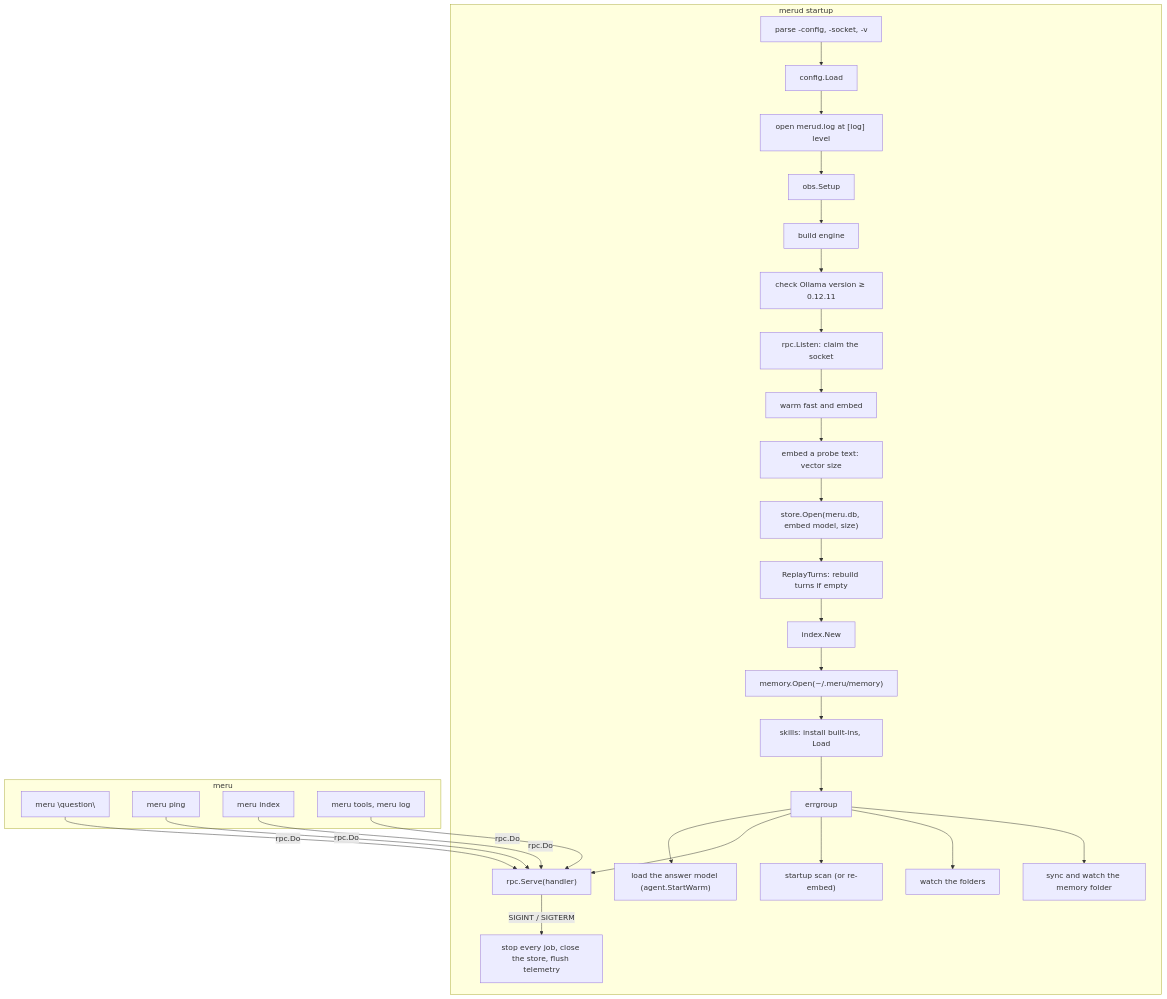
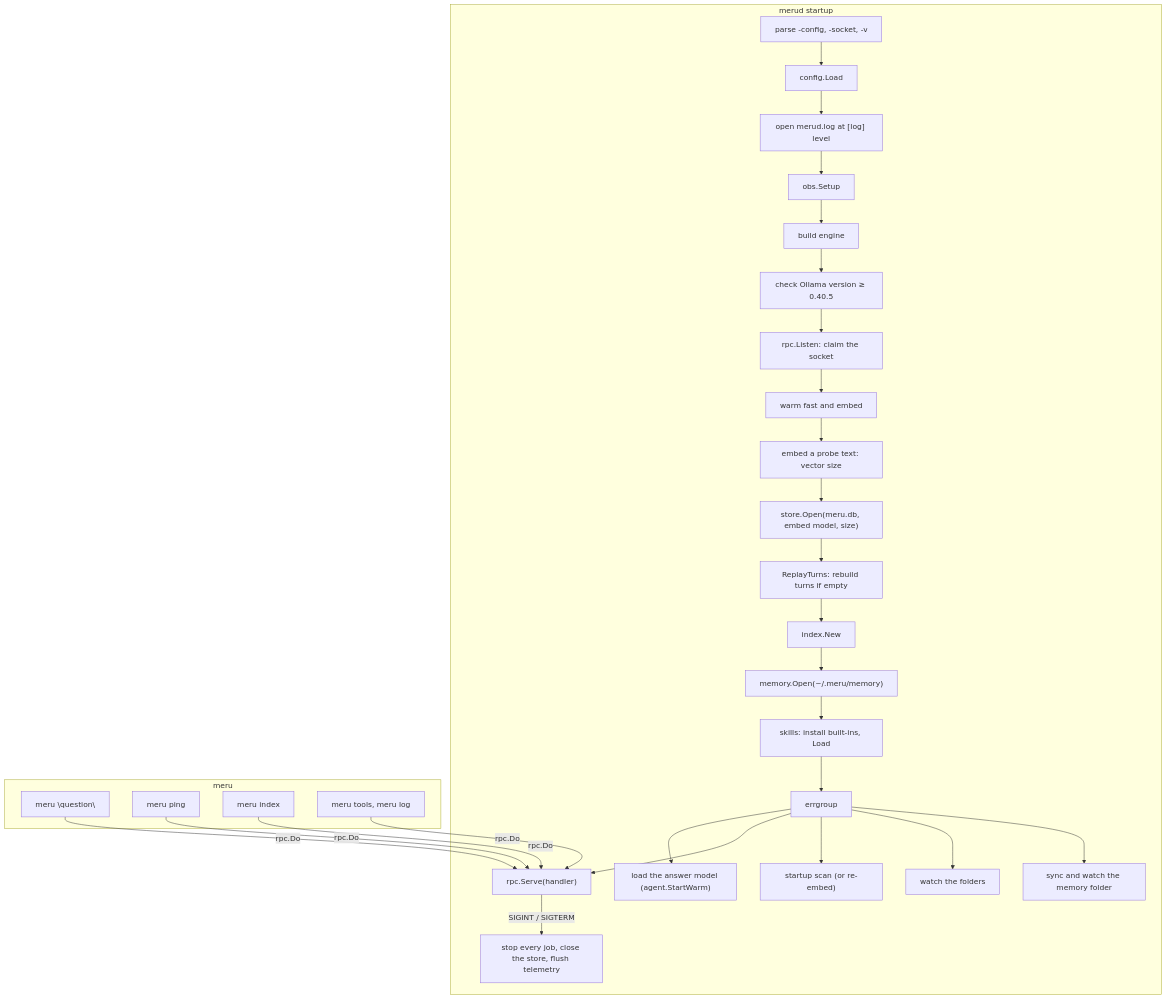
The diagram in docs/coding-notes/merud.md (aarora79/meru), drawn with Mermaid before and after one commit. The commit also changed other lines of this file and 43 other files, not shown here.

````diff
--- a/docs/coding-notes/merud.md
+++ b/docs/coding-notes/merud.md
@@ -20,31 +20,31 @@
 ```mermaid
 flowchart TB
     subgraph merud["merud startup"]
         F["parse -config, -socket, -v"] --> L["config.Load"]
         L --> G["open merud.log at [log] level"]
         G --> O["obs.Setup"]
         O --> E["build engine"]
-        E --> V["check Ollama version ≥ 0.12.11"]
+        E --> V["check Ollama version ≥ 0.40.5"]
         V --> S["rpc.Listen: claim the socket"]
         S --> W["warm fast and embed"]
         W --> D["embed a probe text: vector size"]
         D --> ST["store.Open(meru.db, embed model, size)"]
         ST --> RT["ReplayTurns: rebuild turns if empty"]
         RT --> IX["index.New"]
         IX --> MO["memory.Open(~/.meru/memory)"]
         MO --> SK["skills: install built-ins, Load"]
         SK --> G2["errgroup"]
         G2 --> WM2["load the answer model (agent.StartWarm)"]
         G2 --> R["rpc.Serve(handler)"]
         G2 --> SC["startup scan (or re-embed)"]
         G2 --> WA["watch the folders"]
         G2 --> WM["sync and watch the memory folder"]
         R -- "SIGINT / SIGTERM" --> X["stop every job, close the store, flush telemetry"]
     end
     subgraph meru["meru"]
         A["meru \"question\""] -- "rpc.Do" --> R
         P["meru ping"] -- "rpc.Do" --> R
         I["meru index"] -- "rpc.Do" --> R
         T["meru tools, meru log"] -- "rpc.Do" --> R
     end
 ```
````
